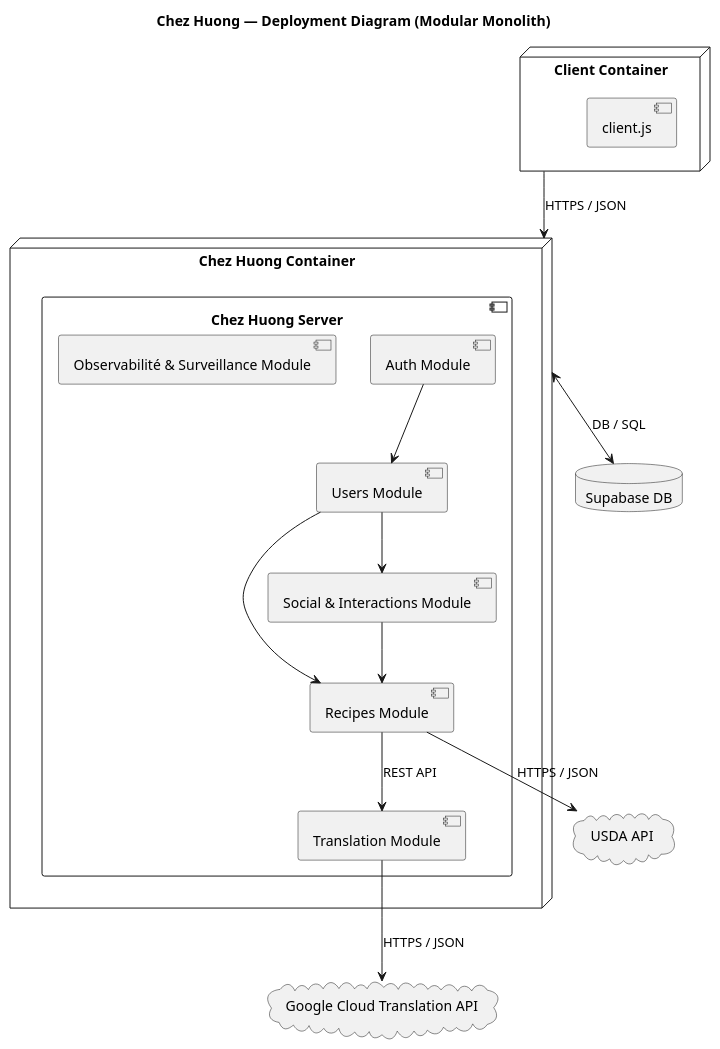
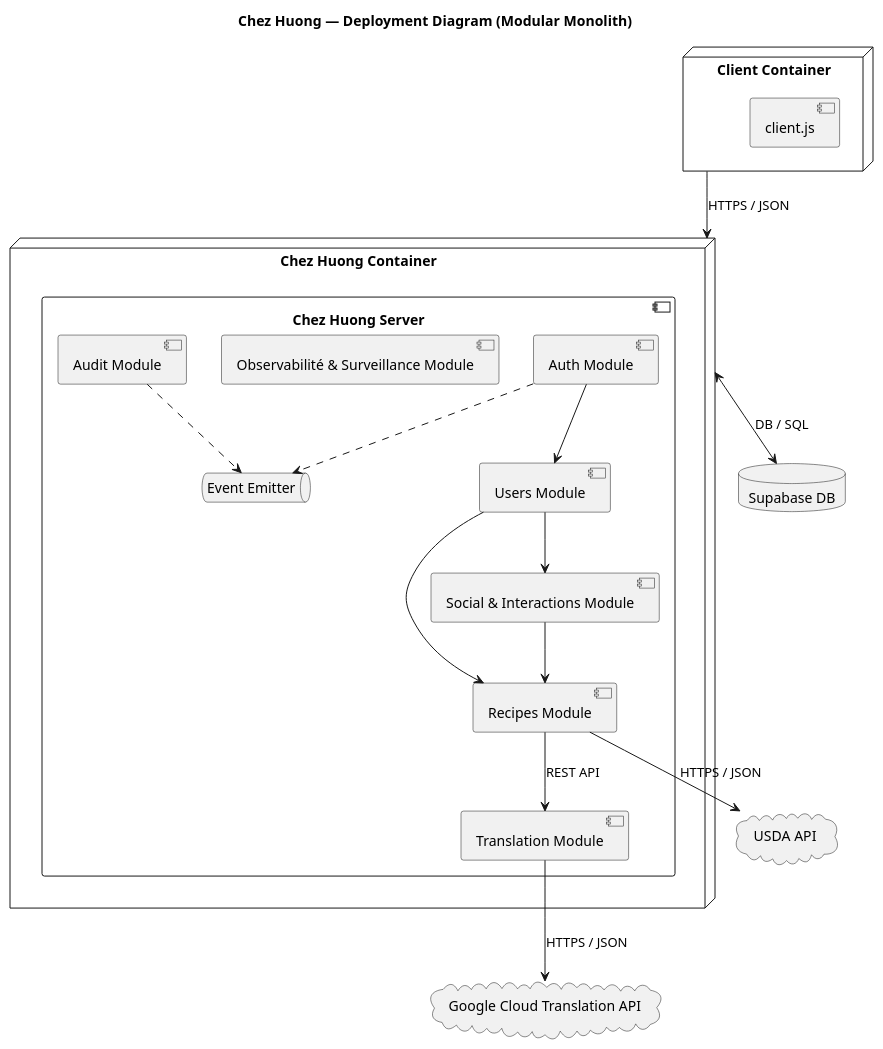
The diagram in docs/diagrams/deployment_diagram.puml (Orchydae/Chez_Huong), drawn with PlantUML before and after one commit. The commit also changed 16 other files, not shown here.

```diff
--- a/docs/diagrams/deployment_diagram.puml
+++ b/docs/diagrams/deployment_diagram.puml
@@ -1,39 +1,43 @@
 @startuml 
 title Chez Huong — Deployment Diagram (Modular Monolith)
 
 skinparam defaultFontName Monospace
 
 node "Client Container" as Client {
     [client.js]
 }
 
 node "Chez Huong Container" as Server {
     component "Chez Huong Server" {
         component "Auth Module" as AuthModule
         component "Users Module" as UsersModule
         component "Recipes Module" as RecipesModule
         component "Translation Module" as TranslationModule
         component "Social & Interactions Module" as SocialModule
         component "Observabilité & Surveillance Module" as ObservabilityModule
+        component "Audit Module" as AuditModule
+        queue "Event Emitter" as EventEmitter
 
         AuthModule --> UsersModule
         UsersModule --> RecipesModule
         UsersModule --> SocialModule
         RecipesModule --> TranslationModule: REST API
         SocialModule --> RecipesModule
+        AuditModule ..> EventEmitter
+        AuthModule ..> EventEmitter
     }
 }
 
 
 ' === EXTERNAL SERVICES ===
 cloud "Google Cloud Translation API" as GoogleCloudTranslationAPI
 cloud "USDA API" as USDAAPI
 
 database "Supabase DB" as Supabase
 
 ' === RELATIONS ===
 Client --> Server: HTTPS / JSON
 Server <--> Supabase : DB / SQL
 TranslationModule --> GoogleCloudTranslationAPI : HTTPS / JSON
 RecipesModule --> USDAAPI : HTTPS / JSON
 @enduml
```
